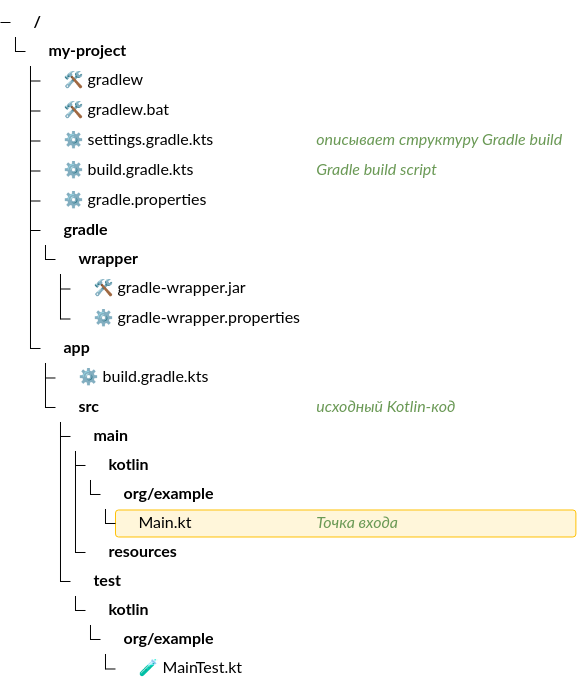
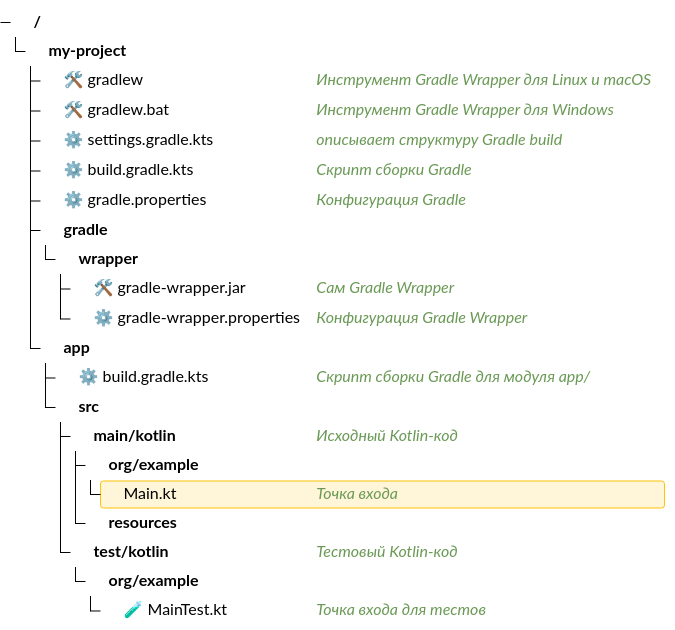
One commit to volsss/docmanager changed the second of 2 diagrams in docs/lab2/kotlin-5.md. Above: the diagram before and after it, drawn with Mermaid.

Commit message:
Some improvements for kotlin-5.md

````diff
--- a/docs/lab2/kotlin-5.md
+++ b/docs/lab2/kotlin-5.md
@@ -85,30 +85,28 @@
 ```mermaid
 ---
 config:
     treeView:
         showIcons: true
 ---
 treeView-beta
     my-project/
-        🛠️ gradlew
-        🛠️ gradlew.bat
+        🛠️ gradlew ## Инструмент Gradle Wrapper для Linux и macOS
+        🛠️ gradlew.bat ## Инструмент Gradle Wrapper для Windows
         ⚙️ settings.gradle.kts ## описывает структуру Gradle build
-        ⚙️ build.gradle.kts ## Gradle build script
-        ⚙️ gradle.properties
+        ⚙️ build.gradle.kts ## Скрипт сборки Gradle
+        ⚙️ gradle.properties ## Конфигурация Gradle
         gradle/
             wrapper/
-                🛠️ gradle-wrapper.jar
-                ⚙️ gradle-wrapper.properties
+                🛠️ gradle-wrapper.jar ## Сам Gradle Wrapper
+                ⚙️ gradle-wrapper.properties ## Конфигурация Gradle Wrapper
         app/
-            ⚙️ build.gradle.kts
-            src/ ## исходный Kotlin-код
-                main/
-                    kotlin/
-                        org/example/
-                            Main.kt :::highlight ## Точка входа
+            ⚙️ build.gradle.kts ## Скрипт сборки Gradle для модуля app/
+            src/
+                main/kotlin/ ## Исходный Kotlin-код
+                    org/example/
+                        Main.kt :::highlight ## Точка входа
                     resources/
-                test/
-                    kotlin/
-                        org/example/
-                            🧪 MainTest.kt
+                test/kotlin/ ## Тестовый Kotlin-код
+                    org/example/
+                        🧪 MainTest.kt ## Точка входа для тестов
 ```
````
